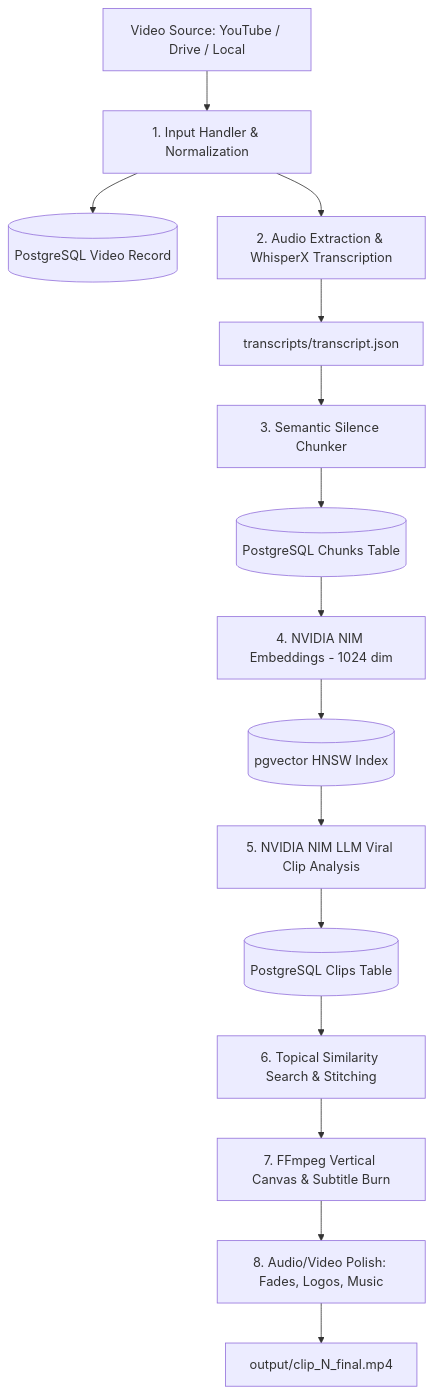
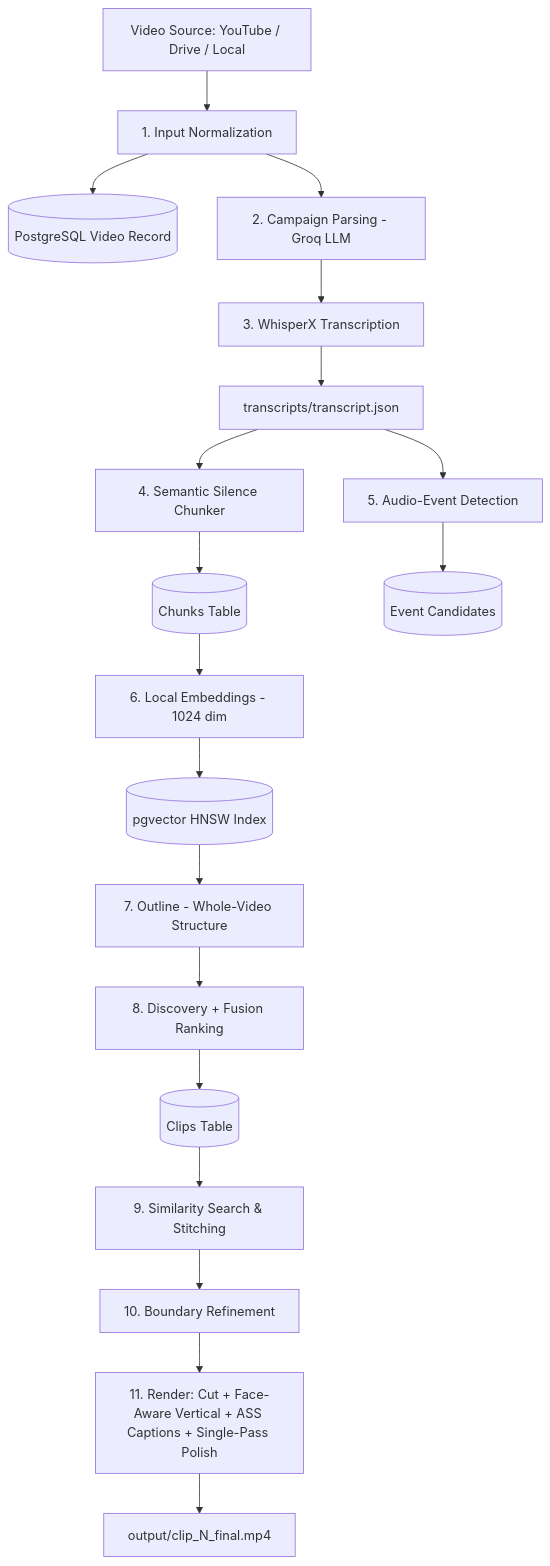
Before and after one commit to RajatThakral01/senna: the diagram in README.md, drawn with Mermaid. The commit also changed other lines of this file and 63 other files, not shown here.

Commit message:
feat: 11-stage pipeline with contextual discovery, boundary refinement, face-aware framing and review UI

````diff
--- a/README.md
+++ b/README.md
@@ -33,17 +36,21 @@
 ```mermaid
 flowchart TD
-    A[Video Source: YouTube / Drive / Local] --> B[1. Input Handler & Normalization]
+    A[Video Source: YouTube / Drive / Local] --> B[1. Input Normalization]
     B --> C[(PostgreSQL Video Record)]
-    B --> D[2. Audio Extraction & WhisperX Transcription]
-    D --> E[transcripts/transcript.json]
-    E --> F[3. Semantic Silence Chunker]
-    F --> G[(PostgreSQL Chunks Table)]
-    G --> H[4. NVIDIA NIM Embeddings - 1024 dim]
-    H --> I[(pgvector HNSW Index)]
-    I --> J[5. NVIDIA NIM LLM Viral Clip Analysis]
-    J --> K[(PostgreSQL Clips Table)]
-    K --> L[6. Topical Similarity Search & Stitching]
-    L --> M[7. FFmpeg Vertical Canvas & Subtitle Burn]
-    M --> N[8. Audio/Video Polish: Fades, Logos, Music]
-    N --> O[output/clip_N_final.mp4]
+    B --> D[2. Campaign Parsing - Groq LLM]
+    D --> E[3. WhisperX Transcription]
+    E --> F[transcripts/transcript.json]
+    F --> G[4. Semantic Silence Chunker]
+    G --> H[(Chunks Table)]
+    F --> I[5. Audio-Event Detection]
+    I --> J[(Event Candidates)]
+    H --> K[6. Local Embeddings - 1024 dim]
+    K --> L[(pgvector HNSW Index)]
+    L --> M[7. Outline - Whole-Video Structure]
+    M --> N[8. Discovery + Fusion Ranking]
+    N --> O[(Clips Table)]
+    O --> P[9. Similarity Search & Stitching]
+    P --> Q[10. Boundary Refinement]
+    Q --> R[11. Render: Cut + Face-Aware Vertical + ASS Captions + Single-Pass Polish]
+    R --> S[output/clip_N_final.mp4]
 ```
````
